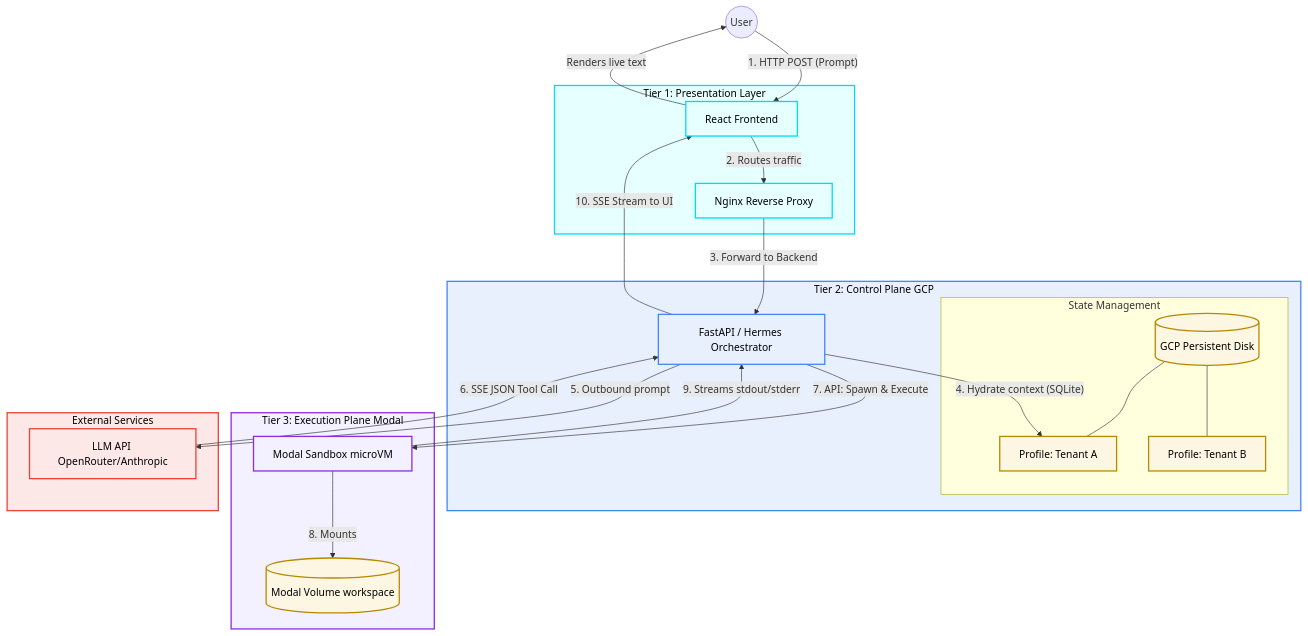
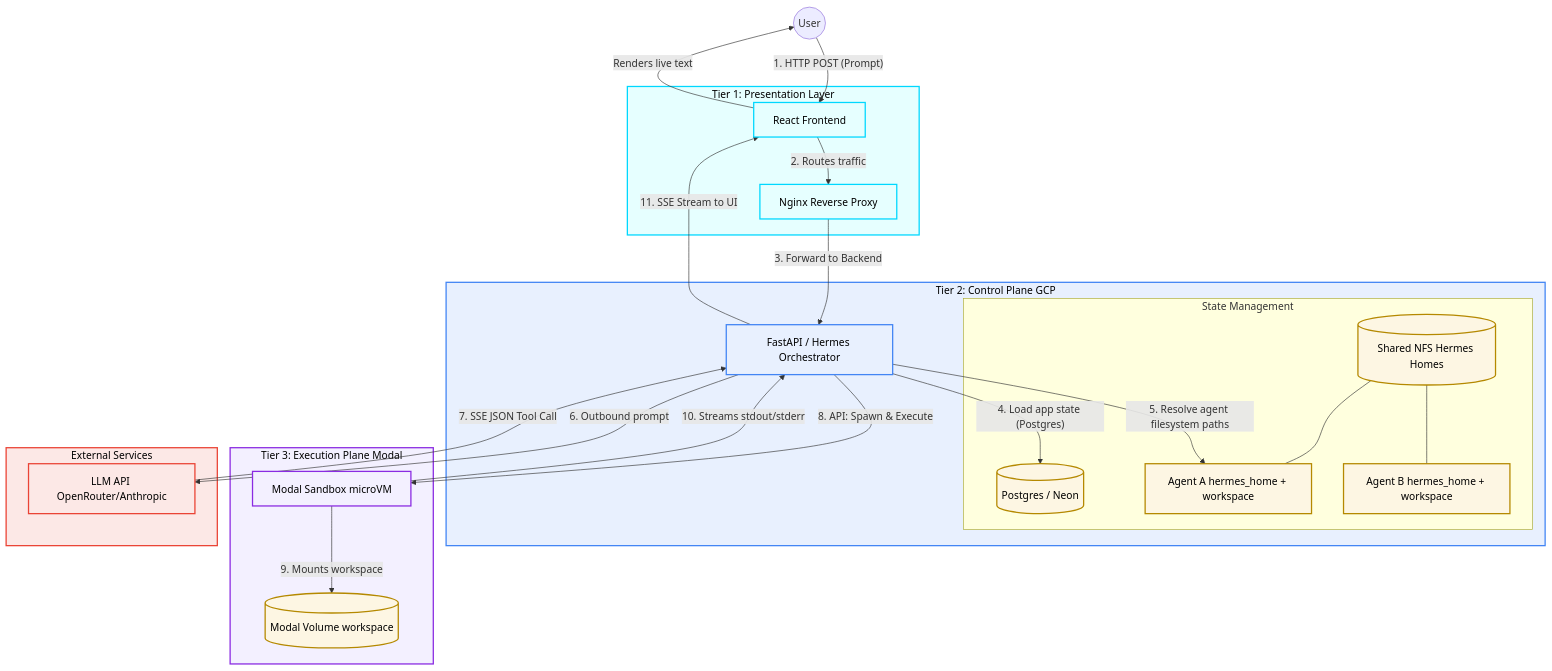
The diagram in meta/PROMPT_INTENT.md (prithviraj574/Sutra-OS), drawn with Mermaid before and after one commit. The commit also changed other lines of this file and 35 other files, not shown here.

Commit message:
Add FastAPI backend with centralized settings, Hermes homes on shared NFS, and agent storage contract

````diff
--- a/meta/PROMPT_INTENT.md
+++ b/meta/PROMPT_INTENT.md
@@ -25,57 +51,59 @@
 ```mermaid
 graph TD
     User((User))
 
     subgraph Tier_1 [Tier 1: Presentation Layer]
         React[React Frontend]
         Nginx[Nginx Reverse Proxy]
     end
 
     subgraph Tier_2 [Tier 2: Control Plane GCP]
         FastAPI[FastAPI / Hermes Orchestrator]
 
         subgraph State [State Management]
-            PD[(GCP Persistent Disk)]
-            P1[Profile: Tenant A]
-            P2[Profile: Tenant B]
-            PD --- P1
-            PD --- P2
+            PG[(Postgres / Neon)]
+            NFS[(Shared NFS Hermes Homes)]
+            A1["Agent A hermes_home + workspace"]
+            A2["Agent B hermes_home + workspace"]
+            NFS --- A1
+            NFS --- A2
         end
     end
 
     subgraph Tier_3 [Tier 3: Execution Plane Modal]
         Sandbox[Modal Sandbox microVM]
         Volume[(Modal Volume workspace)]
     end
 
     subgraph External [External Services]
         LLM[LLM API OpenRouter/Anthropic]
     end
 
     User -- "1. HTTP POST (Prompt)" --> React
     React -- "2. Routes traffic" --> Nginx
     Nginx -- "3. Forward to Backend" --> FastAPI
 
-    FastAPI -- "4. Hydrate context (SQLite)" --> P1
-    FastAPI -- "5. Outbound prompt" --> LLM
-    LLM -- "6. SSE JSON Tool Call" --> FastAPI
+    FastAPI -- "4. Load app state (Postgres)" --> PG
+    FastAPI -- "5. Resolve agent filesystem paths" --> A1
+    FastAPI -- "6. Outbound prompt" --> LLM
+    LLM -- "7. SSE JSON Tool Call" --> FastAPI
 
-    FastAPI -- "7. API: Spawn & Execute" --> Sandbox
-    Sandbox -- "8. Mounts" --> Volume
+    FastAPI -- "8. API: Spawn & Execute" --> Sandbox
+    Sandbox -- "9. Mounts workspace" --> Volume
 
-    Sandbox -- "9. Streams stdout/stderr" --> FastAPI
-    FastAPI -- "10. SSE Stream to UI" --> React
+    Sandbox -- "10. Streams stdout/stderr" --> FastAPI
+    FastAPI -- "11. SSE Stream to UI" --> React
     React -- "Renders live text" --> User
 
     classDef gcp fill:#e8f0fe,stroke:#4285f4,stroke-width:2px,color:#000;
     classDef modal fill:#f3f0ff,stroke:#8a2be2,stroke-width:2px,color:#000;
     classDef react fill:#e6ffff,stroke:#00d8ff,stroke-width:2px,color:#000;
     classDef db fill:#fdf6e3,stroke:#b58900,stroke-width:2px,color:#000;
     classDef external fill:#fce8e6,stroke:#ea4335,stroke-width:2px,color:#000;
 
     class Tier_2,FastAPI gcp;
     class Tier_3,Sandbox modal;
     class Tier_1,React,Nginx react;
-    class PD,P1,P2,Volume db;
+    class PG,NFS,A1,A2,Volume db;
     class External,LLM external;
 ```
````
